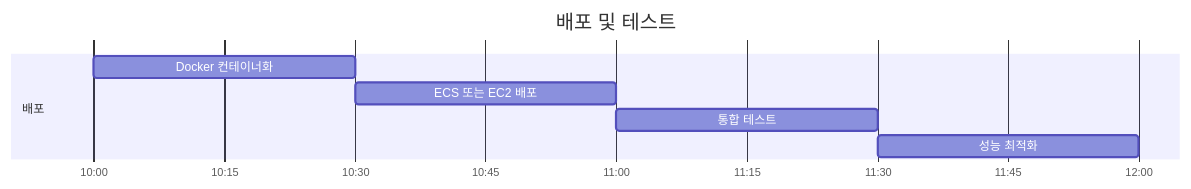
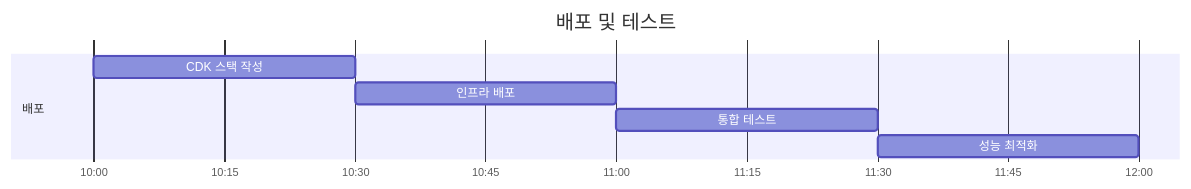
Before and after one commit to qurious-aws-hackathon/team22-aws-hackathon: the seventh of 7 diagrams in backend/README.md, drawn with Mermaid. The commit also changed other lines of this file and 2 other files, not shown here.

````diff
--- a/backend/README.md
+++ b/backend/README.md
@@ -236,12 +307,12 @@
 ```mermaid
 gantt
     title 배포 및 테스트
     dateFormat HH:mm
     axisFormat %H:%M
     
     section 배포
-    Docker 컨테이너화          :deploy1, 10:00, 10:30
-    ECS 또는 EC2 배포          :deploy2, 10:30, 11:00
+    CDK 스택 작성             :deploy1, 10:00, 10:30
+    인프라 배포               :deploy2, 10:30, 11:00
     통합 테스트               :deploy3, 11:00, 11:30
     성능 최적화               :deploy4, 11:30, 12:00
 ```
````
